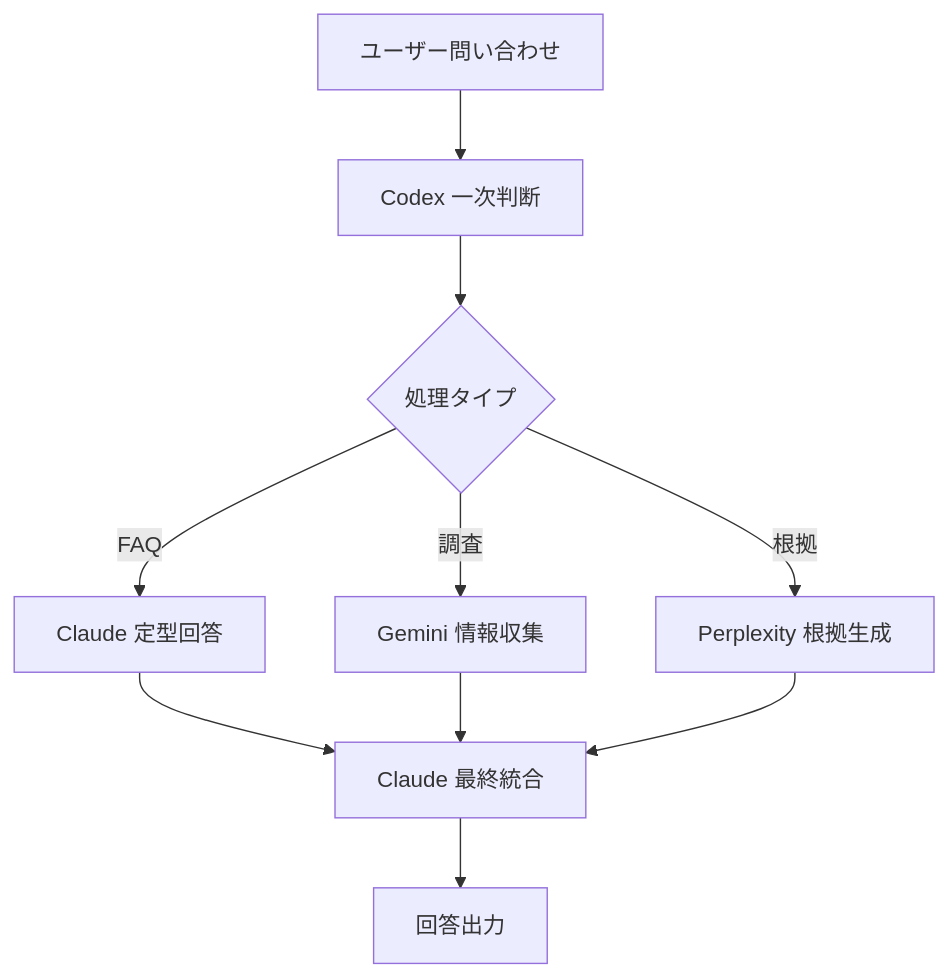
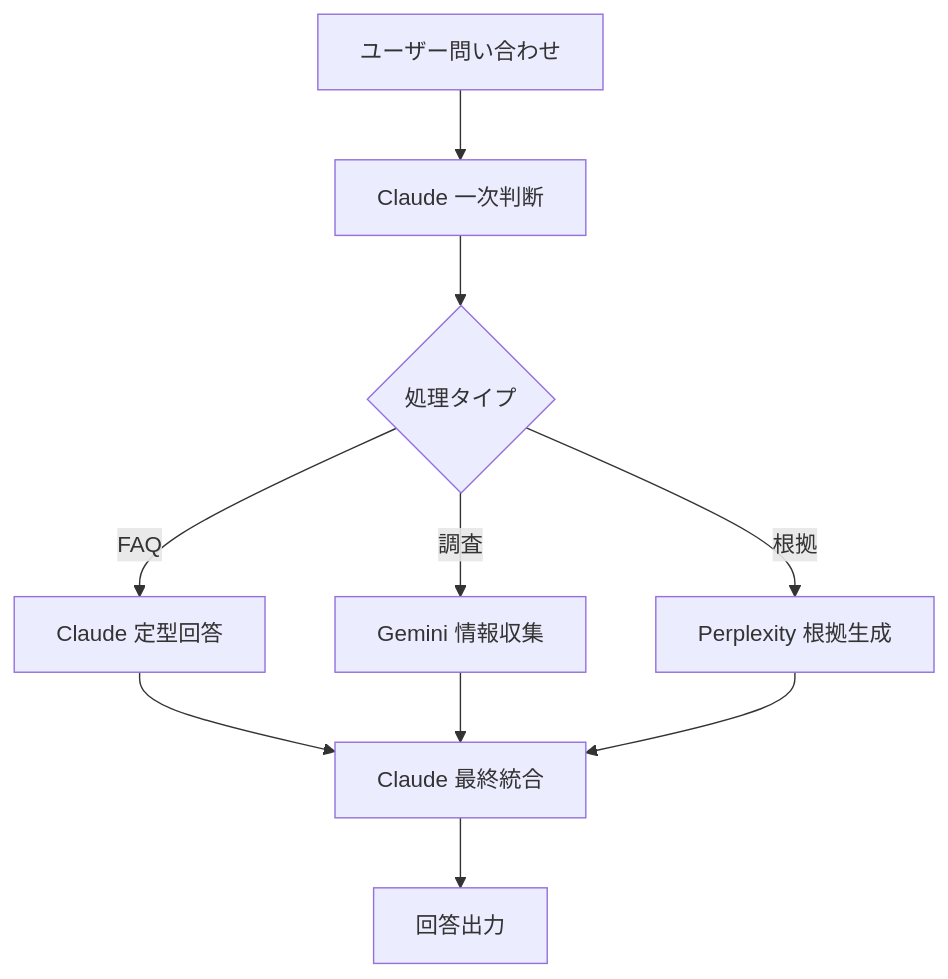
One commit to Kensan196948G/Mirai-IT-Knowledge-System changed the diagram in README.md. Above: the diagram before and after it, drawn with Mermaid. The commit also changed other lines of this file and 1 other file, not shown here.

First line of the commit message:
🔧 修正: Codex → Claude に統一

````diff
--- a/README.md
+++ b/README.md
@@ -37,14 +37,14 @@
 ```mermaid
 graph TB
-    A[ユーザー問い合わせ] --> B[Codex 一次判断]
+    A[ユーザー問い合わせ] --> B[Claude 一次判断]
     B --> C{処理タイプ}
     C -->|FAQ| D[Claude 定型回答]
     C -->|調査| E[Gemini 情報収集]
     C -->|根拠| F[Perplexity 根拠生成]
 
     D --> H[Claude 最終統合]
     E --> H
     F --> H
 
     H --> I[回答出力]
 ```
````
